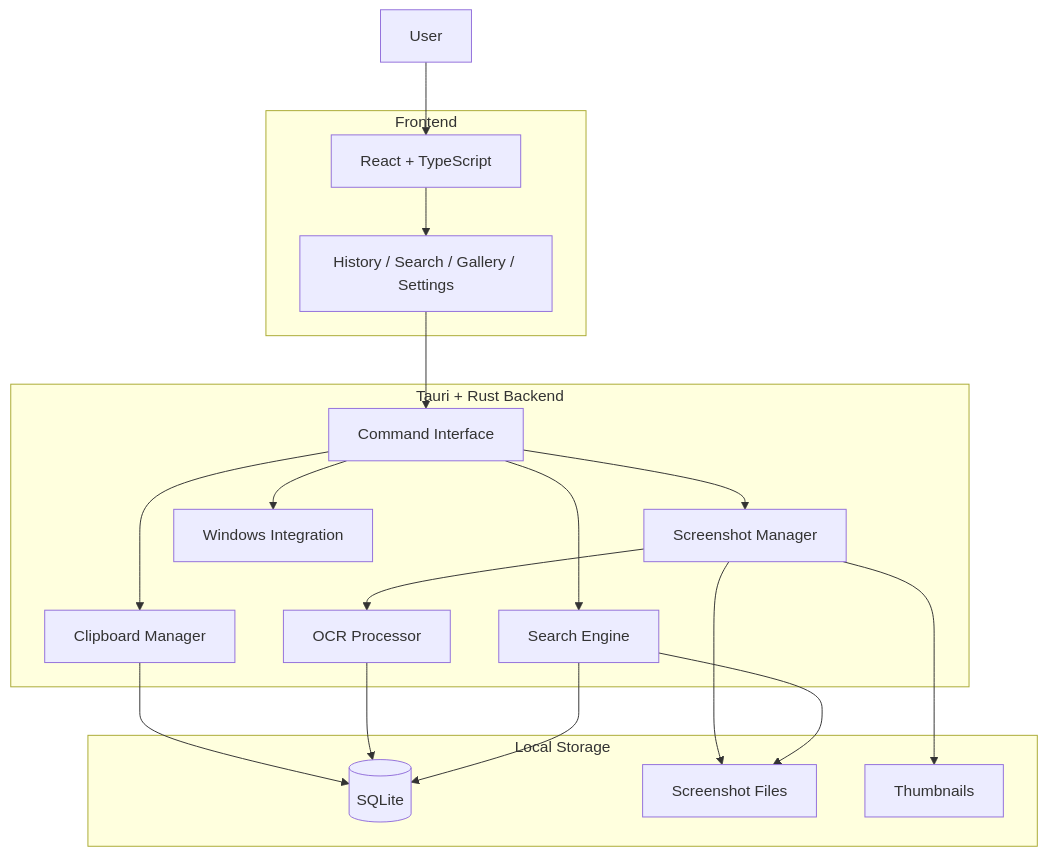
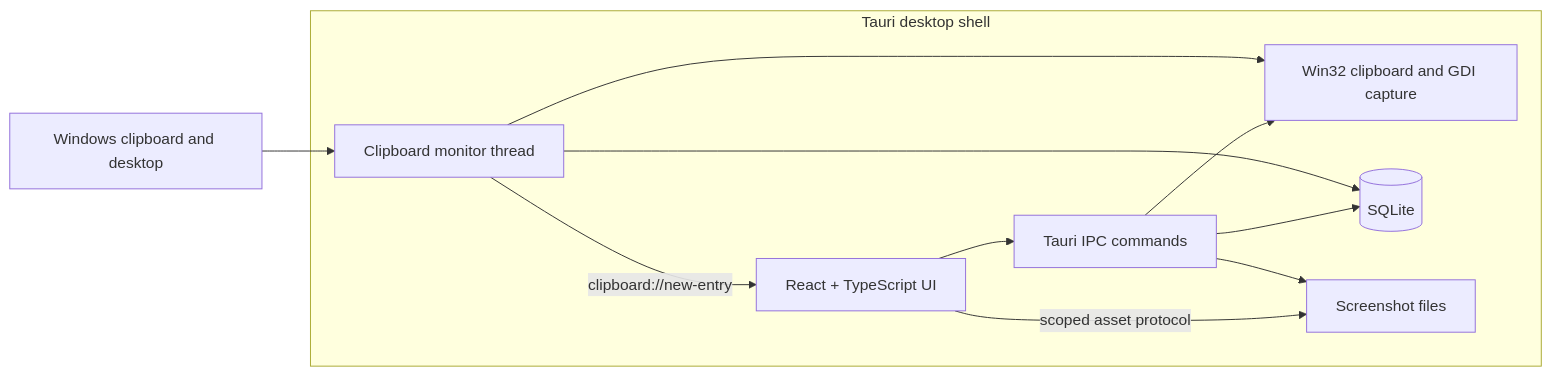
Before and after one commit to reddy895/LucidClip: the diagram in README.md, drawn with Mermaid. The commit also changed other lines of this file and 4 other files, not shown here.

````diff
--- a/README.md
+++ b/README.md
@@ -184,41 +101,21 @@
 ```mermaid
-flowchart TB
-    USER["User"]
-
-    subgraph FRONTEND["Frontend"]
-        REACT["React + TypeScript"]
-        UI["History / Search / Gallery / Settings"]
+flowchart LR
+    subgraph Desktop["Tauri desktop shell"]
+        UI["React + TypeScript UI"]
+        IPC["Tauri IPC commands"]
+        MON["Clipboard monitor thread"]
+        CAP["Win32 clipboard and GDI capture"]
+        DB[("SQLite")]
+        FILES["Screenshot files"]
     end
 
-    subgraph BACKEND["Tauri + Rust Backend"]
-        COMMANDS["Command Interface"]
-        CLIP["Clipboard Manager"]
-        SCREEN["Screenshot Manager"]
-        OCR["OCR Processor"]
-        SEARCH["Search Engine"]
-        OS["Windows Integration"]
-    end
-
-    subgraph STORAGE["Local Storage"]
-        DB[("SQLite")]
-        FILES["Screenshot Files"]
-        THUMB["Thumbnails"]
-    end
-
-    USER --> REACT
-    REACT --> UI
-    UI --> COMMANDS
-
-    COMMANDS --> CLIP
-    COMMANDS --> SCREEN
-    COMMANDS --> SEARCH
-    COMMANDS --> OS
-
-    CLIP --> DB
-    SCREEN --> FILES
-    SCREEN --> THUMB
-    SCREEN --> OCR
-    OCR --> DB
-    SEARCH --> DB
-    SEARCH --> FILES
+    OS["Windows clipboard and desktop"] --> MON
+    MON --> CAP
+    MON --> DB
+    MON -->|clipboard://new-entry| UI
+    UI --> IPC
+    IPC --> CAP
+    IPC --> DB
+    IPC --> FILES
+    UI -->|scoped asset protocol| FILES
 ```
````
